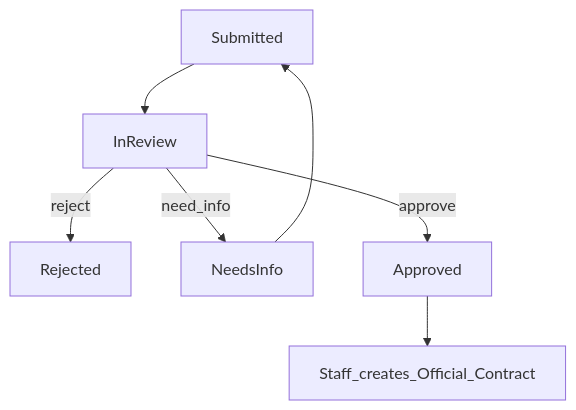
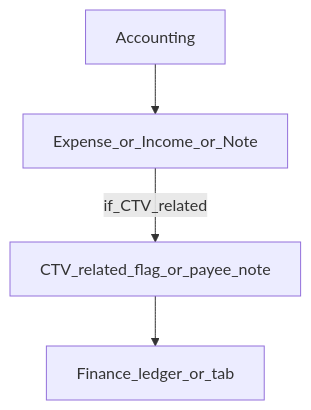
Before and after one commit to PNCTriet/DYN_CRM_BACKEND: the second of 2 diagrams in docs/02-domain/Collaboration.md, drawn with Mermaid. The commit also changed other lines of this file and 46 other files, not shown here.

````diff
--- a/docs/02-domain/Collaboration.md
+++ b/docs/02-domain/Collaboration.md
@@ -160,9 +117,6 @@
 ```mermaid
 flowchart TD
-  Sub[Submitted] --> Rev[InReview]
-  Rev -->|reject| Rej[Rejected]
-  Rev -->|need_info| Info[NeedsInfo]
-  Info --> Sub
-  Rev -->|approve| Appr[Approved]
-  Appr --> StaffContract[Staff_creates_Official_Contract]
+  Acc[Accounting] --> Exp[Expense_or_Income_or_Note]
+  Exp -->|if_CTV_related| Tag[CTV_related_flag_or_payee_note]
+  Tag --> FIN[Finance_ledger_or_tab]
 ```
````
